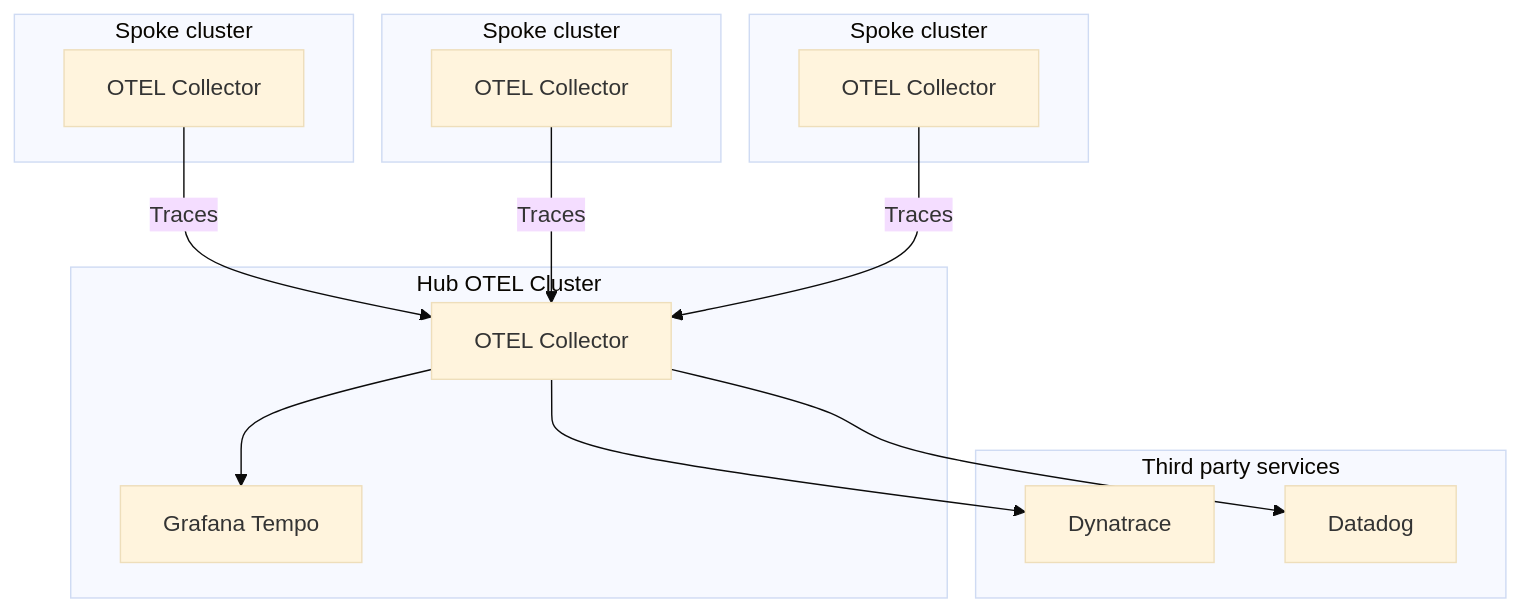
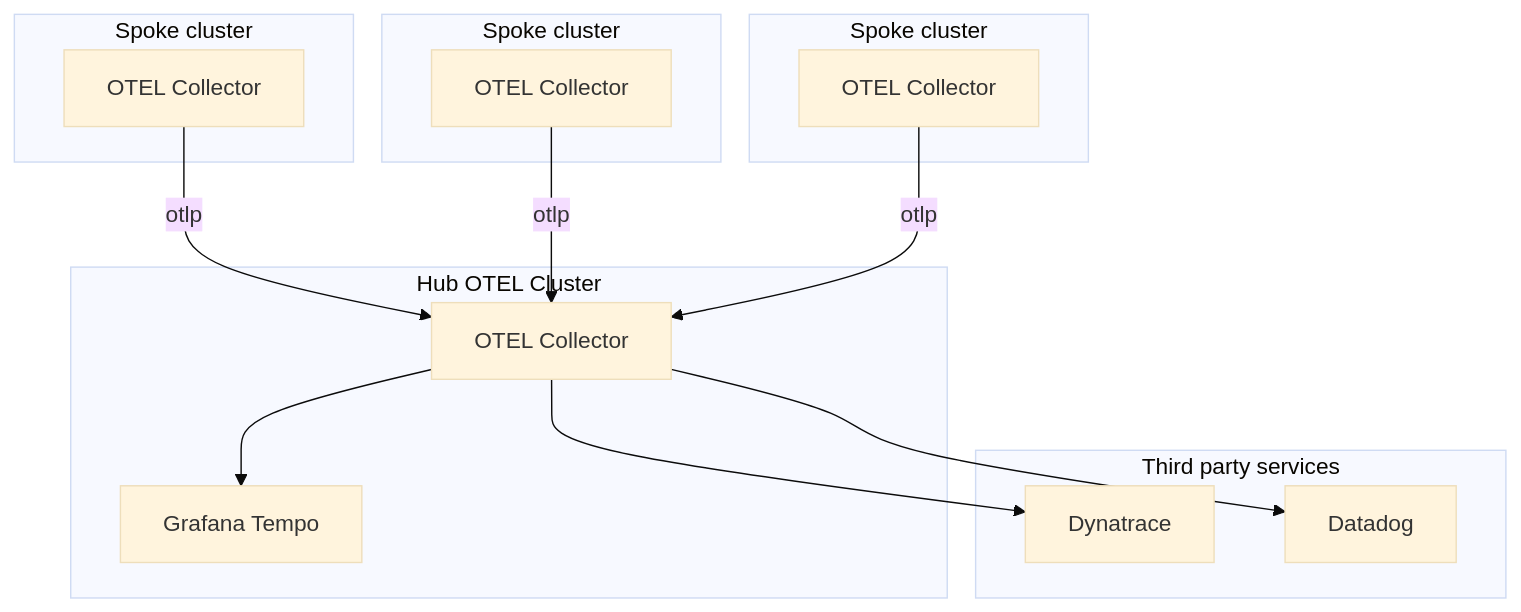
The diagram in enhancements/cluster-logging/multi-cluster-observability.md (openshift/enhancements), drawn with Mermaid (base theme) before and after one commit. The commit also changed other lines of this file, not shown here.

````diff
--- a/enhancements/cluster-logging/multi-cluster-observability.md
+++ b/enhancements/cluster-logging/multi-cluster-observability.md
@@ -356,24 +355,24 @@
 ```mermaid
 flowchart TD
     subgraph Spoke cluster
     A[OTEL Collector] 
     end
     subgraph Spoke cluster
     B[OTEL Collector] 
     end
     subgraph Spoke cluster
     C[OTEL Collector] 
     end
     subgraph Hub OTEL Cluster
     D[OTEL Collector] 
     E[Grafana Tempo]
     end
-    A --> |Traces|D
-    B --> |Traces|D
-    C --> |Traces|D
+    A --> |otlp|D
+    B --> |otlp|D
+    C --> |otlp|D
     D --> E
     subgraph Third party services
     D --> F[Dynatrace]
     D --> G[Datadog]
     end
 ```
````
